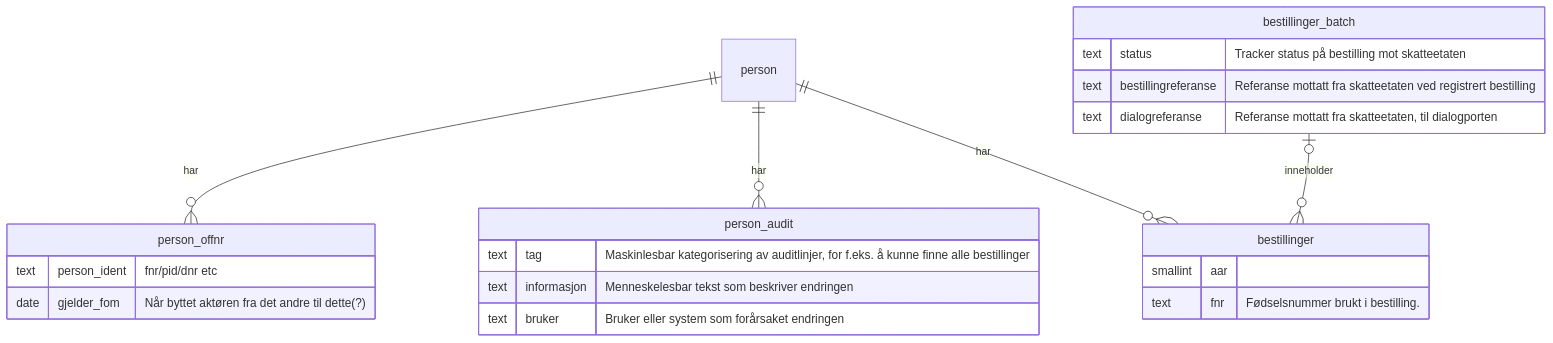
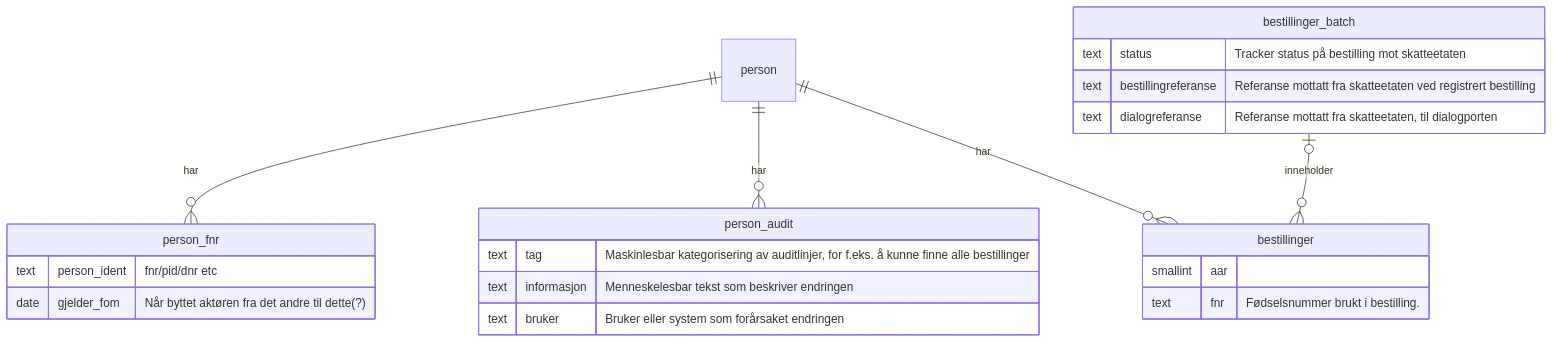
One commit to navikt/sokos-skattekort changed the fourth of 6 diagrams in README.md. Above: the diagram before and after it, drawn with Mermaid. The commit also changed other lines of this file and 8 other files, not shown here.

First line of the commit message:
Avklart at offnr alltid er et fødselsnummer, og at bnr, dnr etc også er et fødselsnummer og at disse alltid har 11 siffer.

````diff
--- a/README.md
+++ b/README.md
@@ -137,27 +137,27 @@
 ```mermaid
 erDiagram
-    person ||--o{ person_offnr: har
+    person ||--o{ person_fnr: har
     person ||--o{ person_audit: har
     person ||--o{ bestillinger: har
     bestillinger_batch |o--o{ bestillinger: inneholder
     person {
     }
-    person_offnr {
+    person_fnr {
         text person_ident "fnr/pid/dnr etc"
         date gjelder_fom "Når byttet aktøren fra det andre til dette(?)"
     }
     person_audit {
         text tag "Maskinlesbar kategorisering av auditlinjer, for f.eks. å kunne finne alle bestillinger"
         text informasjon "Menneskelesbar tekst som beskriver endringen"
         text bruker "Bruker eller system som forårsaket endringen"
     }
     bestillinger {
         smallint aar
         text fnr "Fødselsnummer brukt i bestilling."
     }
     bestillinger_batch {
         text status "Tracker status på bestilling mot skatteetaten"
         text bestillingreferanse "Referanse mottatt fra skatteetaten ved registrert bestilling"
         text dialogreferanse "Referanse mottatt fra skatteetaten, til dialogporten"
     }
 ```
````
